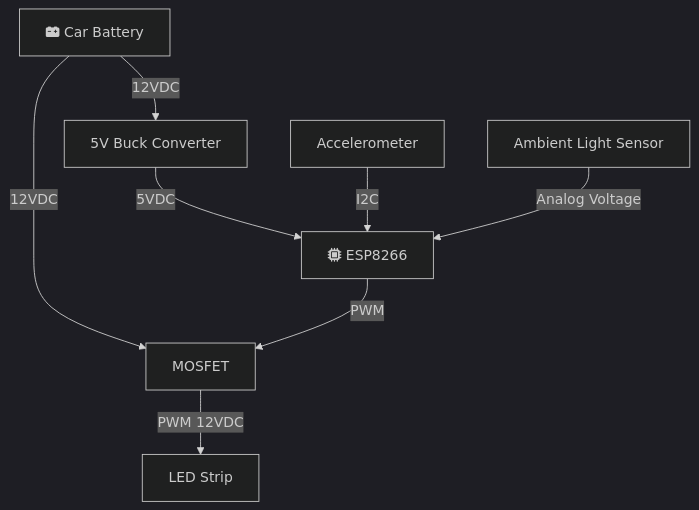
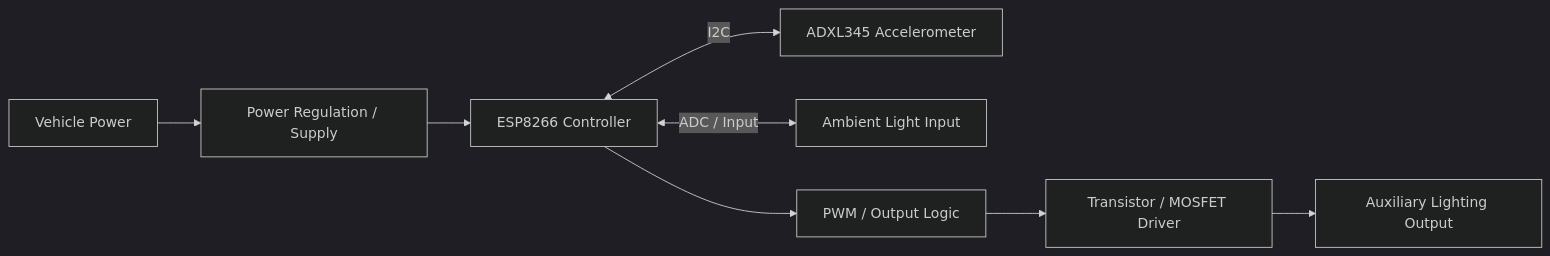
One commit to Phoenixjack/vehicle-lighting-addon changed the first of 2 diagrams in README.md. Above: the diagram before and after it, drawn with Mermaid (dark theme). The commit also changed other lines of this file, not shown here.

First line of the commit message:
Revise README for vehicle lighting add-on project

````diff
--- a/README.md
+++ b/README.md
@@ -55,20 +77,10 @@
 ```mermaid
-flowchart TD
-    A[<i class="fa-solid fa-car-battery"></i> Car Battery]
-    B[5V Buck Converter]
-    C[<i class="fa-solid fa-microchip"></i> ESP8266]
-    D[Ambient Light Sensor]
-    E[Accelerometer]
-    F[MOSFET]
-    G[LED Strip]
-    
-
-    A --> |12VDC| B
-    A --> |12VDC| F
-    B --> |5VDC| C
-    E --> |I2C| C
-    D --> |Analog Voltage| C
-    C --> |PWM| F
-    F --> |PWM 12VDC| G
-
+flowchart LR
+    VP[Vehicle Power] --> REG[Power Regulation / Supply]
+    REG --> MCU[ESP8266 Controller]
+    MCU <-- I2C --> ACCEL[ADXL345 Accelerometer]
+    MCU <-- ADC / Input --> AMBIENT[Ambient Light Input]
+    MCU --> PWM[PWM / Output Logic]
+    PWM --> DRIVER[Transistor / MOSFET Driver]
+    DRIVER --> AUX[Auxiliary Lighting Output]
 ```
````
